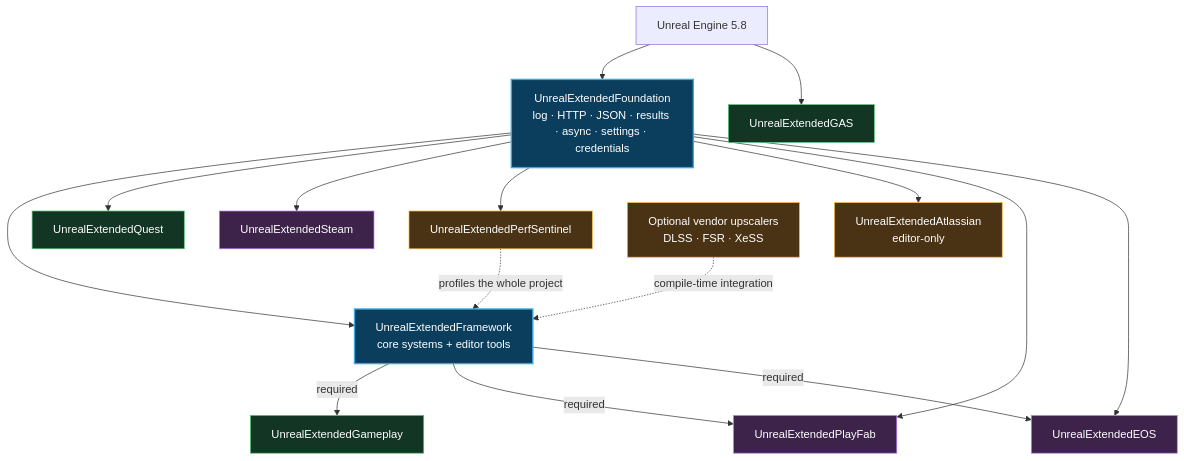
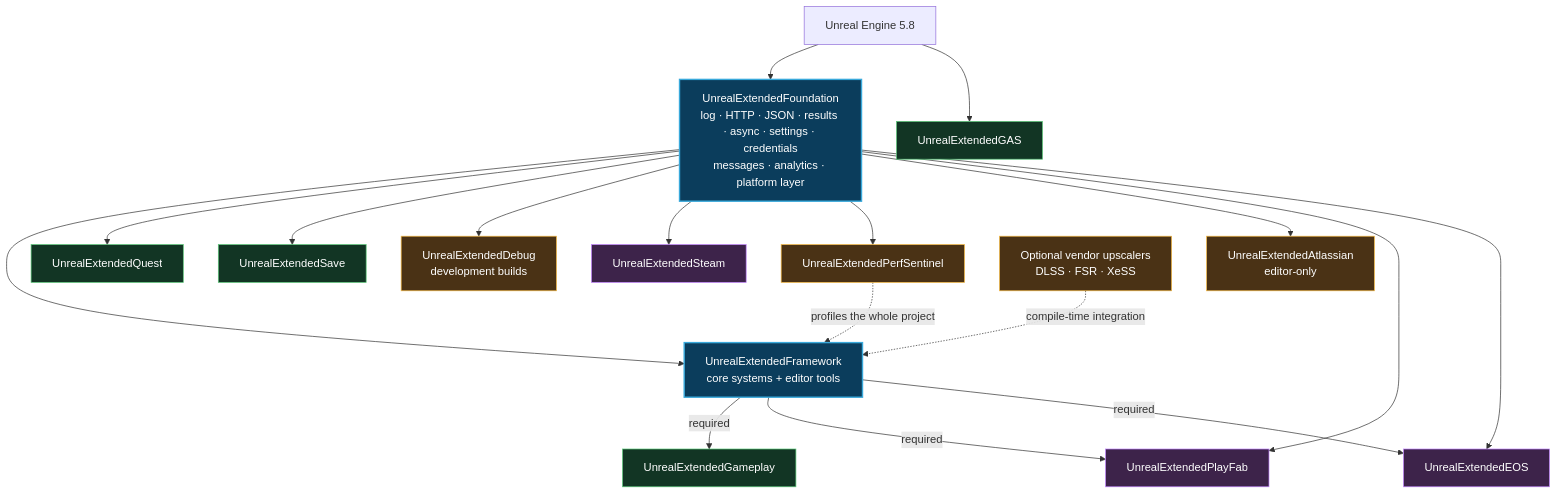
One commit to ElderDeveloper/UnrealExtendedFramework changed the diagram in README.md. Above: the diagram before and after it, drawn with Mermaid. The commit also changed other lines of this file, not shown here.

First line of the commit message:
README: new systems and plugins; drop removed Gameplay features

````diff
--- a/README.md
+++ b/README.md
@@ -69,39 +80,43 @@
 ```mermaid
 flowchart TB
     UE["Unreal Engine 5.8"]
-    Foundation["UnrealExtendedFoundation<br/>log · HTTP · JSON · results · async · settings · credentials"]
+    Foundation["UnrealExtendedFoundation<br/>log · HTTP · JSON · results · async · settings · credentials<br/>messages · analytics · platform layer"]
     Core["UnrealExtendedFramework<br/>core systems + editor tools"]
     Gameplay["UnrealExtendedGameplay"]
     GAS["UnrealExtendedGAS"]
     Quest["UnrealExtendedQuest"]
+    Save["UnrealExtendedSave"]
+    Debug["UnrealExtendedDebug<br/>development builds"]
     PlayFab["UnrealExtendedPlayFab"]
     EOS["UnrealExtendedEOS"]
     Steam["UnrealExtendedSteam"]
     Perf["UnrealExtendedPerfSentinel"]
     Atlassian["UnrealExtendedAtlassian<br/>editor-only"]
     Vendor["Optional vendor upscalers<br/>DLSS · FSR · XeSS"]
 
     UE --> Foundation
     UE --> GAS
     Foundation --> Core
     Foundation --> Quest
+    Foundation --> Save
+    Foundation --> Debug
     Foundation --> Steam
     Foundation --> Perf
     Foundation --> Atlassian
     Foundation --> PlayFab
     Foundation --> EOS
     Core -->|required| Gameplay
     Core -->|required| PlayFab
     Core -->|required| EOS
     Vendor -. compile-time integration .-> Core
     Perf -. profiles the whole project .-> Core
 
     classDef foundation fill:#0B3D5C,stroke:#39A9DB,color:#fff,stroke-width:2px;
     classDef gameplay fill:#123524,stroke:#5AC878,color:#fff;
     classDef online fill:#3D234A,stroke:#C084FC,color:#fff;
     classDef tooling fill:#4A3215,stroke:#F5B942,color:#fff;
     class Foundation,Core foundation;
-    class Gameplay,GAS,Quest gameplay;
+    class Gameplay,GAS,Quest,Save gameplay;
     class PlayFab,EOS,Steam online;
-    class Perf,Vendor,Atlassian tooling;
+    class Perf,Vendor,Atlassian,Debug tooling;
 ```
````
